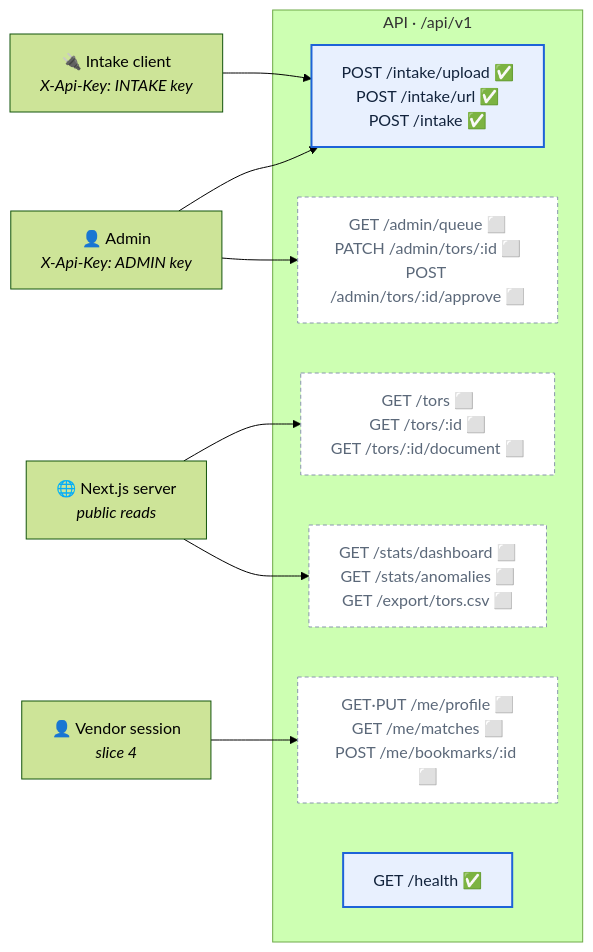
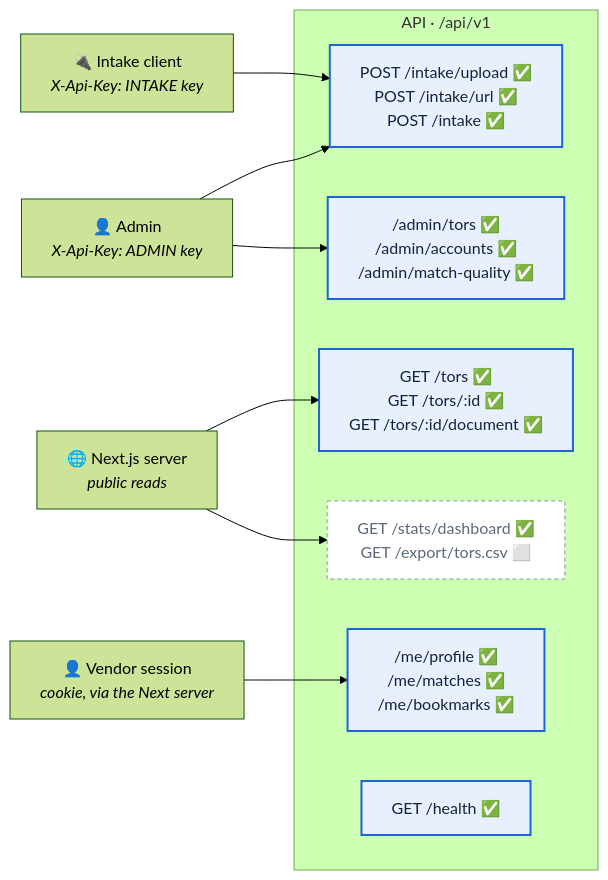
One commit to TORMomentum/Momentum changed the first of 2 diagrams in docs/API.md. Above: the diagram before and after it, drawn with Mermaid (forest theme). The commit also changed other lines of this file and 3 other files, not shown here.

First line of the commit message:
docs: bring API, architecture, matching design and TODO up to Sprint 4

````diff
--- a/docs/API.md
+++ b/docs/API.md
@@ -19,28 +19,28 @@
 ```mermaid
 flowchart LR
     admin["👤 Admin<br/><i>X-Api-Key: ADMIN key</i>"]
     partner["🔌 Intake client<br/><i>X-Api-Key: INTAKE key</i>"]
     web["🌐 Next.js server<br/><i>public reads</i>"]
-    vendor["👤 Vendor session<br/><i>slice 4</i>"]
+    vendor["👤 Vendor session<br/><i>cookie, via the Next server</i>"]
 
     subgraph api["API · /api/v1"]
         intake["POST /intake/upload ✅<br/>POST /intake/url ✅<br/>POST /intake ✅"]
-        read["GET /tors ⬜<br/>GET /tors/:id ⬜<br/>GET /tors/:id/document ⬜"]
-        stats["GET /stats/dashboard ⬜<br/>GET /stats/anomalies ⬜<br/>GET /export/tors.csv ⬜"]
-        me["GET·PUT /me/profile ⬜<br/>GET /me/matches ⬜<br/>POST /me/bookmarks/:id ⬜"]
-        adminq["GET /admin/queue ⬜<br/>PATCH /admin/tors/:id ⬜<br/>POST /admin/tors/:id/approve ⬜"]
+        read["GET /tors ✅<br/>GET /tors/:id ✅<br/>GET /tors/:id/document ✅"]
+        stats["GET /stats/dashboard ✅<br/>GET /export/tors.csv ⬜"]
+        me["/me/profile ✅<br/>/me/matches ✅<br/>/me/bookmarks ✅"]
+        adminq["/admin/tors ✅<br/>/admin/accounts ✅<br/>/admin/match-quality ✅"]
         health["GET /health ✅"]
     end
 
     admin --> intake
     admin --> adminq
     partner --> intake
     web --> read
     web --> stats
     vendor --> me
 
     classDef built fill:#e8f0fe,stroke:#1d63d8,color:#12233c,stroke-width:2px
     classDef planned fill:#fff,stroke:#8896ad,color:#5b6879,stroke-dasharray:4 3
-    class intake,health built
-    class read,stats,me,adminq planned
+    class intake,health,read,me,adminq built
+    class stats planned
 ```
````
